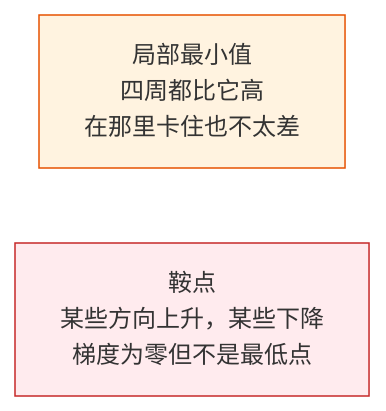
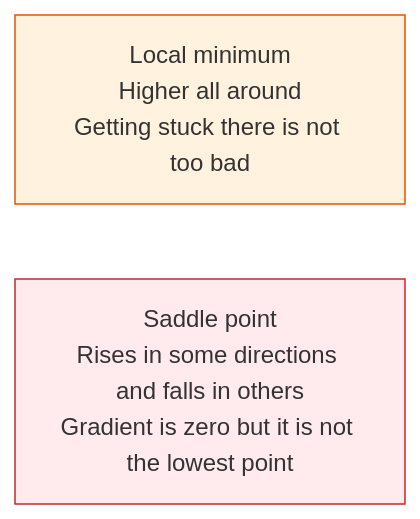
One commit to oudbiao/AI-fullstack-course changed the second of 2 diagrams in docs/ch04-ai-math/ch03-calculus/03-gradient-descent.md. Above: the diagram before and after it, drawn with Mermaid. The commit also changed other lines of this file and 1406 other files, not shown here.

````diff
--- a/docs/ch04-ai-math/ch03-calculus/03-gradient-descent.md
+++ b/docs/ch04-ai-math/ch03-calculus/03-gradient-descent.md
@@ -445,8 +445,8 @@
 ```mermaid
 flowchart LR
-    A["局部最小值<br/>四周都比它高<br/>在那里卡住也不太差"]
-    B["鞍点<br/>某些方向上升，某些下降<br/>梯度为零但不是最低点"]
+    A["Local minimum<br/>Higher all around<br/>Getting stuck there is not too bad"]
+    B["Saddle point<br/>Rises in some directions and falls in others<br/>Gradient is zero but it is not the lowest point"]
 
     style A fill:#fff3e0,stroke:#e65100,color:#333
     style B fill:#ffebee,stroke:#c62828,color:#333
 ```
````
